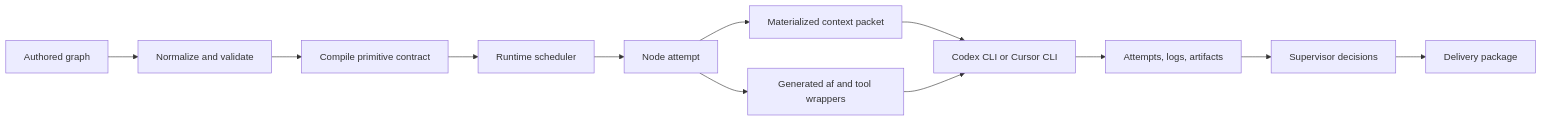
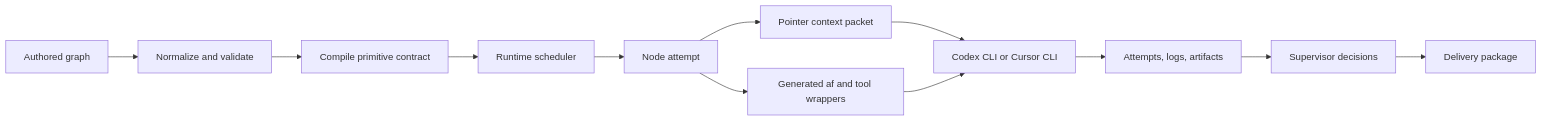
One commit to koji98/agentflow changed the diagram in docs/technical/README.md. Above: the diagram before and after it, drawn with Mermaid. The commit also changed other lines of this file and 228 other files, not shown here.

````diff
--- a/docs/technical/README.md
+++ b/docs/technical/README.md
@@ -7,14 +7,14 @@
 ```mermaid
 flowchart LR
   authoredGraph["Authored graph"] --> validate["Normalize and validate"]
   validate --> compile["Compile primitive contract"]
   compile --> run["Runtime scheduler"]
   run --> attempt["Node attempt"]
-  attempt --> context["Materialized context packet"]
+  attempt --> context["Pointer context packet"]
   attempt --> tools["Generated af and tool wrappers"]
   context --> harness["Codex CLI or Cursor CLI"]
   tools --> harness
   harness --> artifacts["Attempts, logs, artifacts"]
   artifacts --> supervisor["Supervisor decisions"]
   supervisor --> delivery["Delivery package"]
 ```
````
